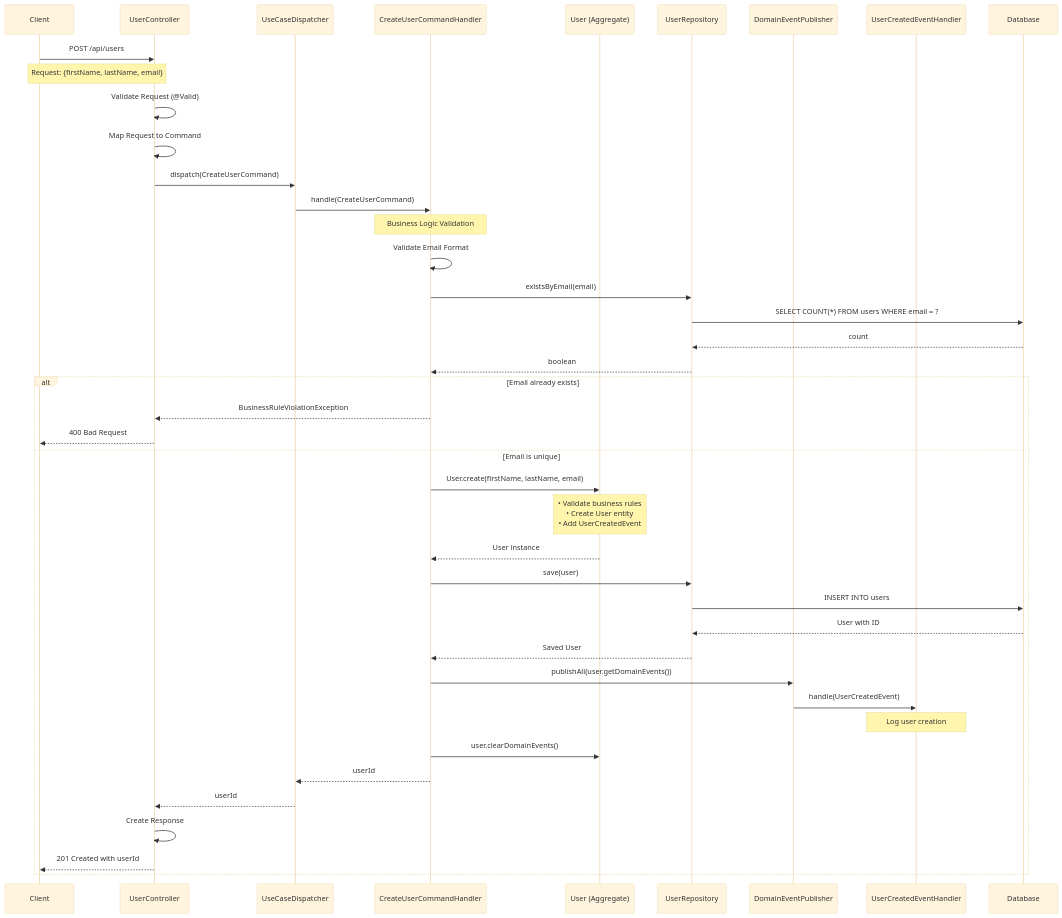
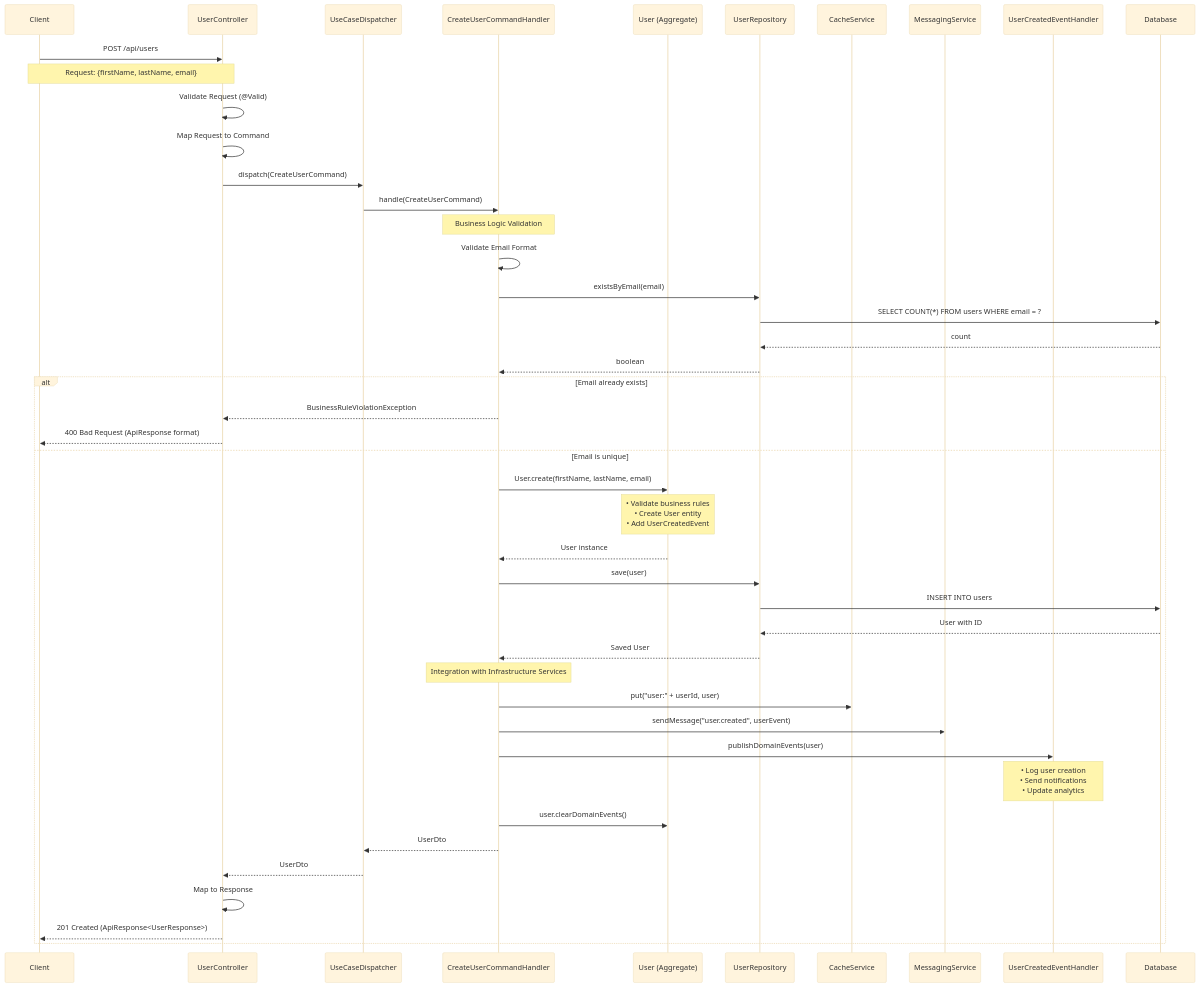
One commit to ethan-le-grapeseed-com/SpringBootTemplate changed the first of 6 diagrams in docs/APPLICATION_FLOW.md. Above: the diagram before and after it, drawn with Mermaid (base theme). The commit also changed other lines of this file and 28 other files, not shown here.

````diff
--- a/docs/APPLICATION_FLOW.md
+++ b/docs/APPLICATION_FLOW.md
@@ -26,53 +53,57 @@
 ```mermaid
 sequenceDiagram
     participant Client
     participant Controller as UserController
     participant Dispatcher as UseCaseDispatcher
     participant Handler as CreateUserCommandHandler
     participant Domain as User (Aggregate)
     participant Repository as UserRepository
-    participant EventPublisher as DomainEventPublisher
+    participant Cache as CacheService
+    participant Messaging as MessagingService
     participant EventHandler as UserCreatedEventHandler
     participant Database
 
     Client->>Controller: POST /api/users
     Note over Client,Controller: Request: {firstName, lastName, email}
     
     Controller->>Controller: Validate Request (@Valid)
     Controller->>Controller: Map Request to Command
     Controller->>Dispatcher: dispatch(CreateUserCommand)
     
     Dispatcher->>Handler: handle(CreateUserCommand)
     
     Note over Handler: Business Logic Validation
     Handler->>Handler: Validate Email Format
     Handler->>Repository: existsByEmail(email)
     Repository->>Database: SELECT COUNT(*) FROM users WHERE email = ?
     Database-->>Repository: count
     Repository-->>Handler: boolean
     
     alt Email already exists
         Handler-->>Controller: BusinessRuleViolationException
-        Controller-->>Client: 400 Bad Request
+        Controller-->>Client: 400 Bad Request (ApiResponse format)
     else Email is unique
         Handler->>Domain: User.create(firstName, lastName, email)
         Note over Domain: • Validate business rules<br/>• Create User entity<br/>• Add UserCreatedEvent
         Domain-->>Handler: User instance
         
         Handler->>Repository: save(user)
         Repository->>Database: INSERT INTO users
         Database-->>Repository: User with ID
         Repository-->>Handler: Saved User
         
-        Handler->>EventPublisher: publishAll(user.getDomainEvents())
-        EventPublisher->>EventHandler: handle(UserCreatedEvent)
-        Note over EventHandler: Log user creation
+        Note over Handler: Integration with Infrastructure Services
+        Handler->>Cache: put("user:" + userId, user)
+        Handler->>Messaging: sendMessage("user.created", userEvent)
+        
+        Handler->>EventHandler: publishDomainEvents(user)
+        Note over EventHandler: • Log user creation<br/>• Send notifications<br/>• Update analytics
         
         Handler->>Domain: user.clearDomainEvents()
-        Handler-->>Dispatcher: userId
-        Dispatcher-->>Controller: userId
+        Handler-->>Dispatcher: UserDto
+        Dispatcher-->>Controller: UserDto
         
-        Controller->>Controller: Create Response
-        Controller-->>Client: 201 Created with userId
+        Controller->>Controller: Map to Response
+        Controller-->>Client: 201 Created (ApiResponse<UserResponse>)
     end
 ```
````
